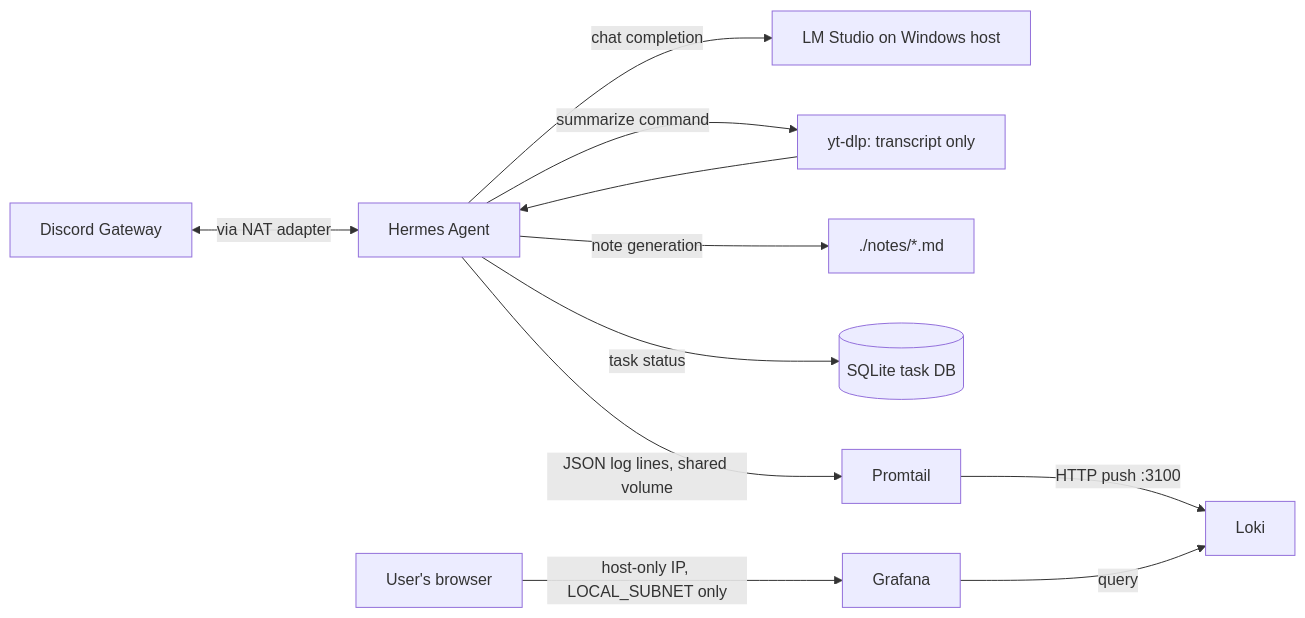
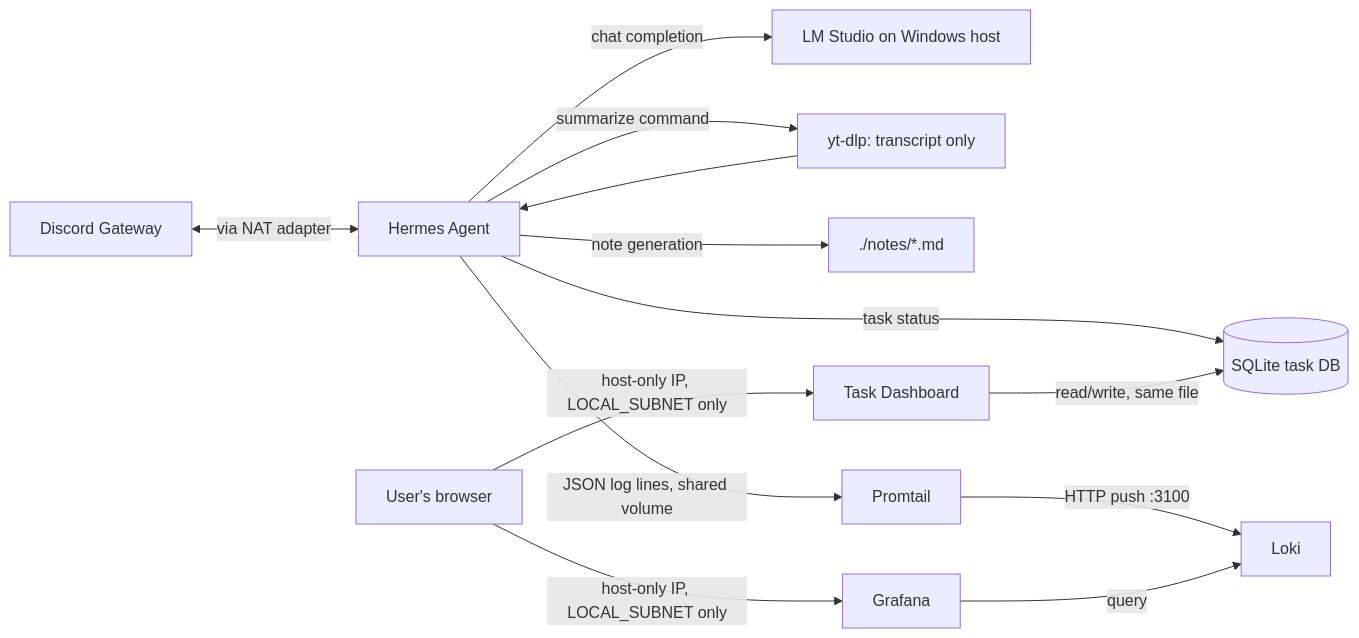
Before and after one commit to cv-ai-sec/cv-hermes: the diagram in docs/ARCHITECTURE.md, drawn with Mermaid. The commit also changed other lines of this file and 13 other files, not shown here.

First line of the commit message:
Add browser task dashboard sharing the Discord bot's task DB

````diff
--- a/docs/ARCHITECTURE.md
+++ b/docs/ARCHITECTURE.md
@@ -3,13 +3,15 @@
 ```mermaid
 graph LR
   A[Discord Gateway] <-->|via NAT adapter| B[Hermes Agent]
   B -->|chat completion| C[LM Studio on Windows host]
   B -->|summarize command| Y[yt-dlp: transcript only]
   Y --> B
   B -->|note generation| N[./notes/*.md]
   B -->|task status| T[(SQLite task DB)]
+  W[Task Dashboard] -->|read/write, same file| T
+  U -->|host-only IP, LOCAL_SUBNET only| W
   B -->|JSON log lines, shared volume| D[Promtail]
   D -->|HTTP push :3100| E[Loki]
   F[Grafana] -->|query| E
   U[User's browser] -->|host-only IP, LOCAL_SUBNET only| F
 ```
````
